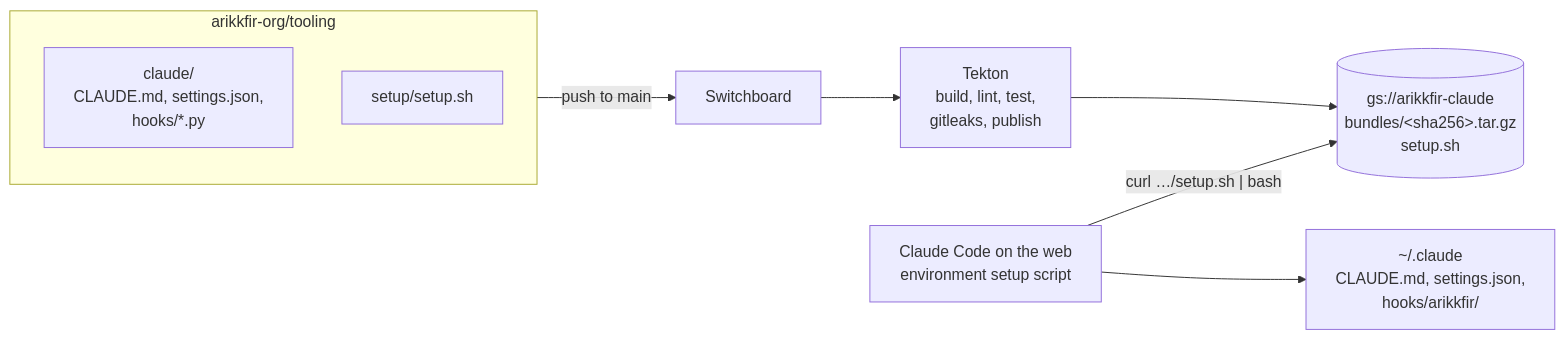
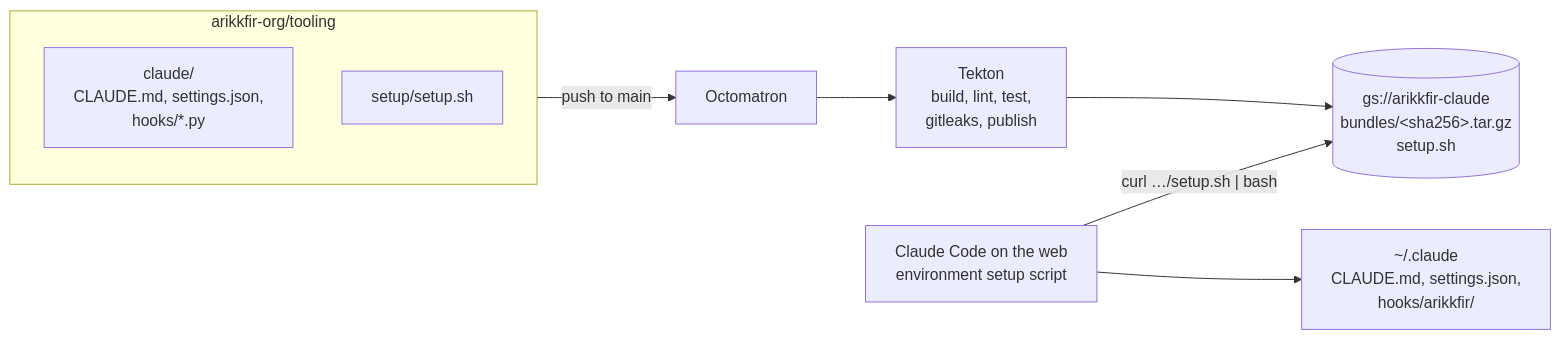
Before and after one commit to arikkfir-org/docs: the diagram in hub/designs/phase-5-tooling.md, drawn with Mermaid. The commit also changed other lines of this file and 13 other files, not shown here.

First line of the commit message:
docs(hub): rename Switchboard to Octomatron

````diff
--- a/hub/designs/phase-5-tooling.md
+++ b/hub/designs/phase-5-tooling.md
@@ -9,11 +9,11 @@
 ```mermaid
 flowchart LR
   subgraph repo[arikkfir-org/tooling]
     C[claude/<br/>CLAUDE.md, settings.json,<br/>hooks/*.py]
     S[setup/setup.sh]
   end
-  repo -- push to main --> SB[Switchboard] --> TK[Tekton<br/>build, lint, test,<br/>gitleaks, publish]
+  repo -- push to main --> SB[Octomatron] --> TK[Tekton<br/>build, lint, test,<br/>gitleaks, publish]
   TK --> B[(gs://arikkfir-claude<br/>bundles/&lt;sha256&gt;.tar.gz<br/>setup.sh)]
   E[Claude Code on the web<br/>environment setup script] -- "curl …/setup.sh | bash" --> B
   E --> H["~/.claude<br/>CLAUDE.md, settings.json,<br/>hooks/arikkfir/"]
 ```
````
